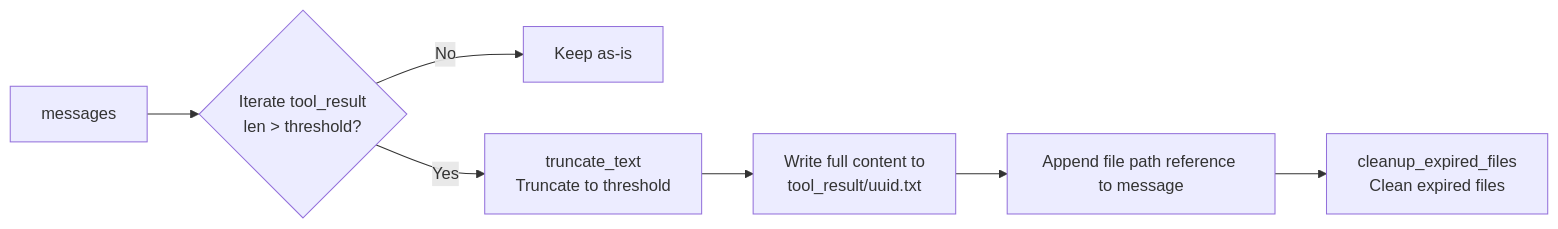
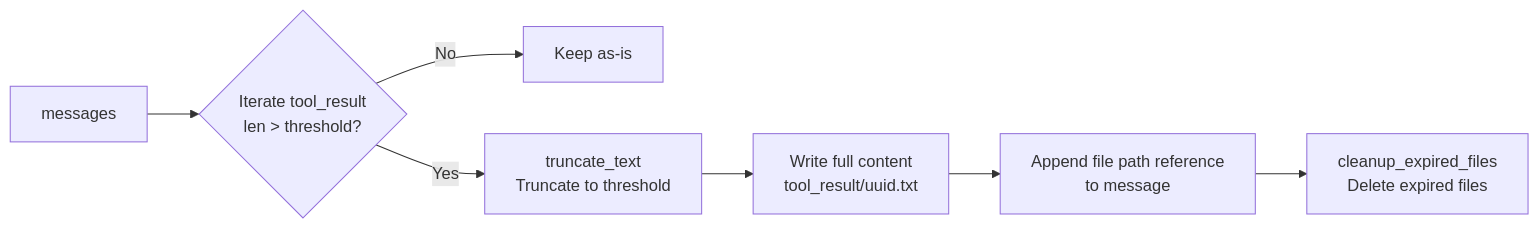
Before and after one commit to agentscope-ai/ReMe: the fifth of 9 diagrams in README.md, drawn with Mermaid. The commit also changed other lines of this file and 1 other file, not shown here.

````diff
--- a/README.md
+++ b/README.md
@@ -276,9 +276,9 @@
 ```mermaid
 graph LR
     M[messages] --> L{Iterate tool_result<br>len > threshold?}
     L -->|No| K[Keep as-is]
     L -->|Yes| T[truncate_text<br>Truncate to threshold]
-    T --> S[Write full content to<br>tool_result/uuid.txt]
-    S --> R[Append file path reference to message]
-    R --> C[cleanup_expired_files<br>Clean expired files]
+    T --> S[Write full content<br>tool_result/uuid.txt]
+    S --> R[Append file path reference<br>to message]
+    R --> C[cleanup_expired_files<br>Delete expired files]
 ```
````
